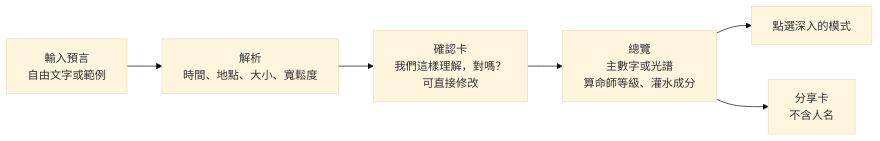
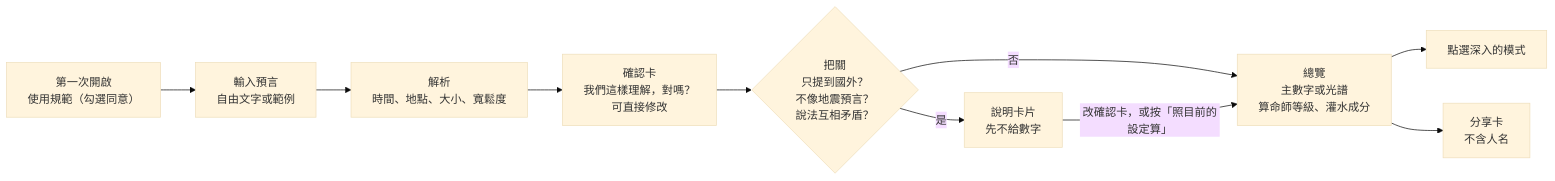
One commit to Azazelowo/i-can-predict-quakes changed the first of 2 diagrams in docs/DESIGN.md. Above: the diagram before and after it, drawn with Mermaid (base theme). The commit also changed other lines of this file and 20 other files, not shown here.

````diff
--- a/docs/DESIGN.md
+++ b/docs/DESIGN.md
@@ -187,8 +187,12 @@
 ```mermaid
 flowchart LR
+    T["第一次開啟<br/>使用規範（勾選同意）"] --> A
     A["輸入預言<br/>自由文字或範例"] --> B["解析<br/>時間、地點、大小、寬鬆度"]
     B --> C["確認卡<br/>我們這樣理解，對嗎？<br/>可直接修改"]
-    C --> D["總覽<br/>主數字或光譜<br/>算命師等級、灌水成分"]
+    C --> G{"把關<br/>只提到國外？<br/>不像地震預言？<br/>說法互相矛盾？"}
+    G -- 否 --> D["總覽<br/>主數字或光譜<br/>算命師等級、灌水成分"]
+    G -- 是 --> H["說明卡片<br/>先不給數字"]
+    H -- 改確認卡，或按「照目前的設定算」 --> D
     D --> E["點選深入的模式"]
     D --> F["分享卡<br/>不含人名"]
 ```
````
